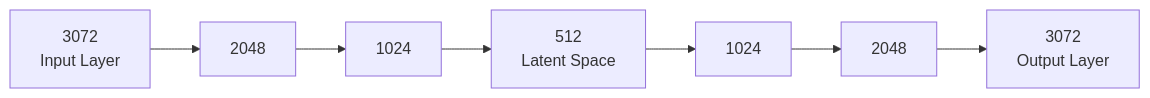
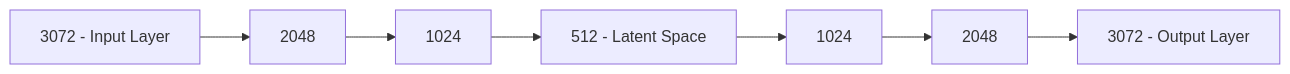
Before and after one commit to sarahp31/aps-2-nlp: the diagram in README.md, drawn with Mermaid. The commit also changed 1 other file, not shown here.

Commit message:
fix: update README formatting for clarity and remove pywin32 from requirements

````diff
--- a/README.md
+++ b/README.md
@@ -16,14 +16,14 @@
     ```mermaid
     flowchart LR
-    Input["3072\nInput Layer"]
+    Input["3072 - Input Layer"]
     E1["2048"]
     E2["1024"]
-    Latent["512\nLatent Space"]
+    Latent["512 - Latent Space"]
     D1["1024"]
     D2["2048"]
-    Output["3072\nOutput Layer"]
+    Output["3072 - Output Layer"]
 
     Input --> E1 --> E2 --> Latent
     Latent --> D1 --> D2 --> Output
 
     ```
````
